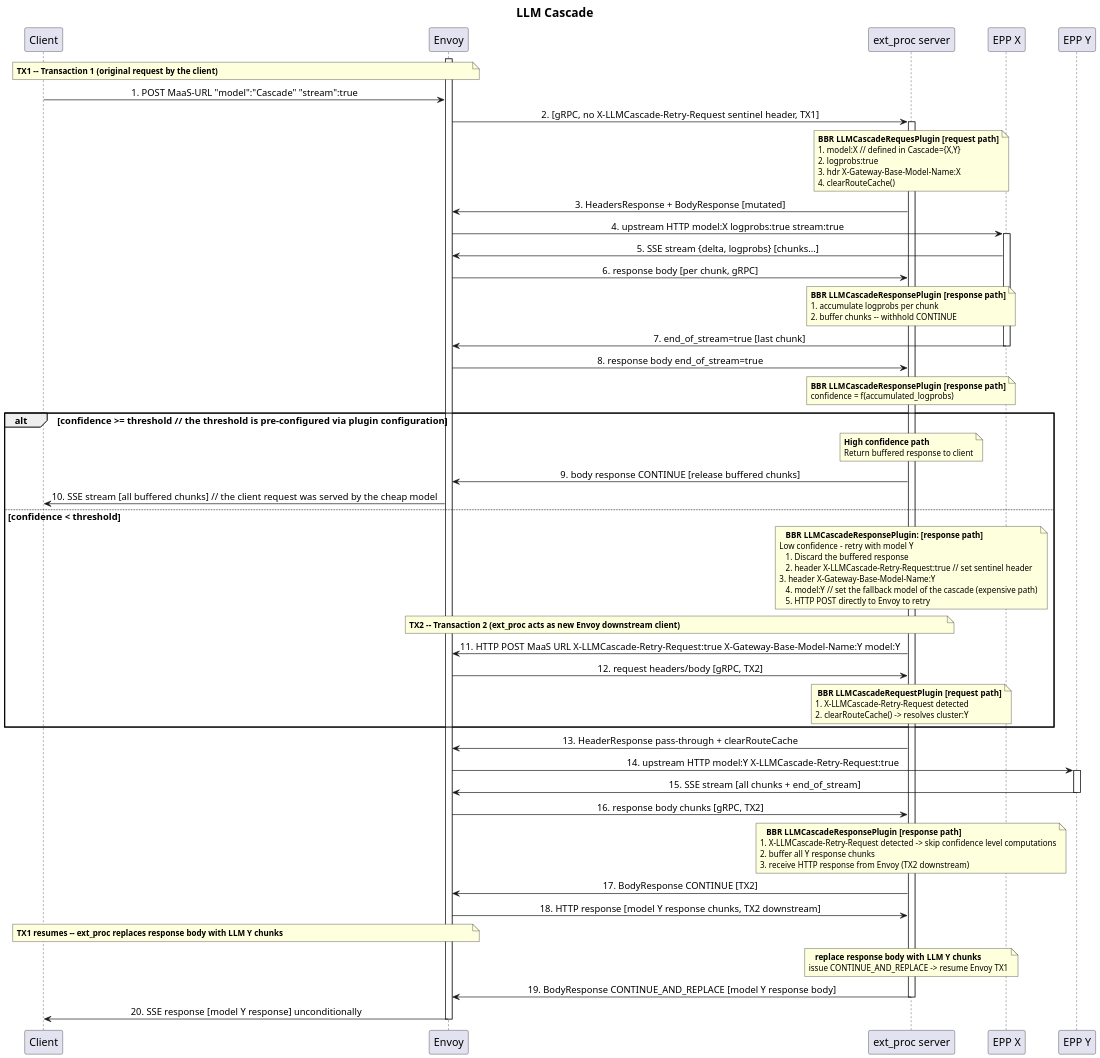
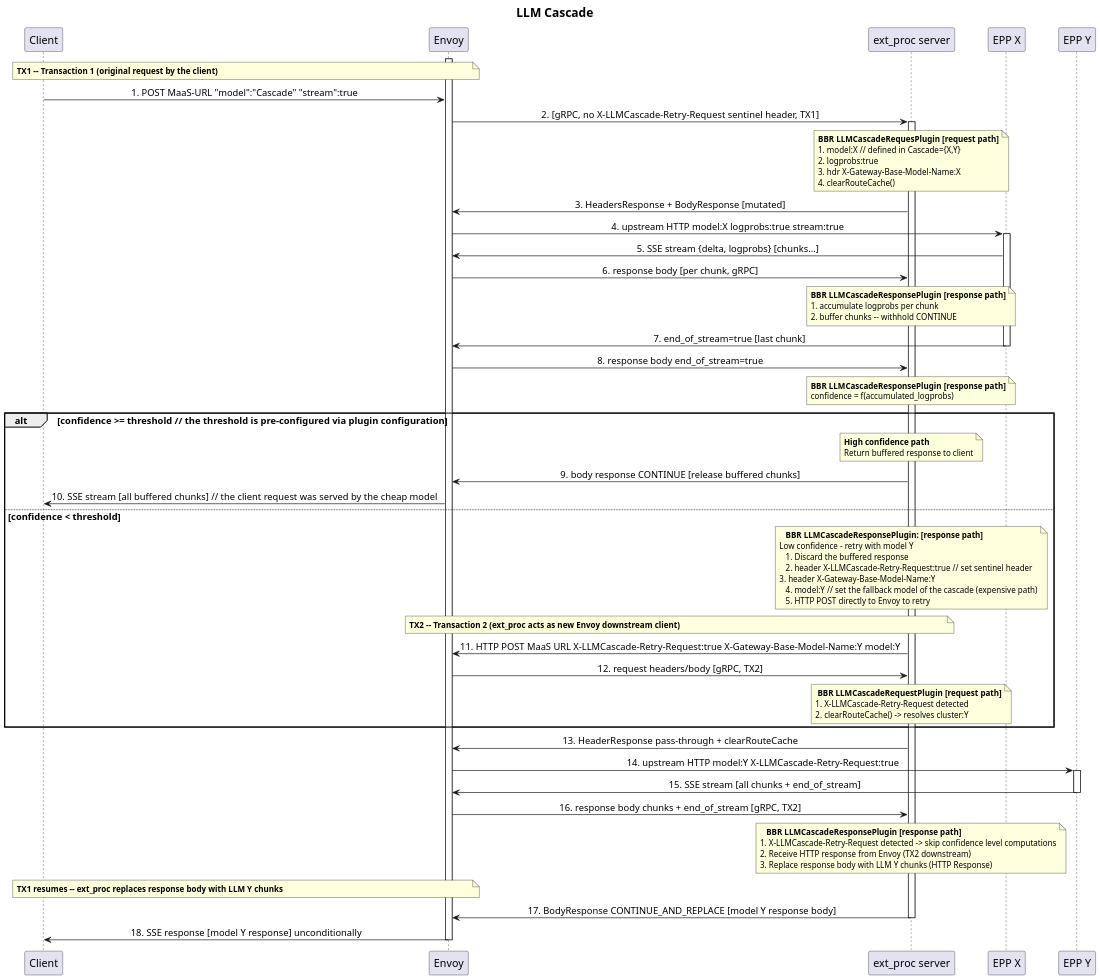
One commit to davidbreitgand/diagrams changed the diagram in low-level-sequence-diagram.puml. Above: the diagram before and after it, drawn with PlantUML. The commit also changed 1 other file, not shown here.

```diff
--- a/low-level-sequence-diagram.puml
+++ b/low-level-sequence-diagram.puml
@@ -1,116 +1,110 @@
 @startuml LLMCascade
 ' PlantUML Diagram
 ' Edit this file to create your diagram
 
 ' High-quality settings optimized for Google Docs
 ' Balance between resolution and size to prevent cutoff
 skinparam dpi 400
 skinparam defaultFontSize 14
 skinparam titleFontSize 18
 skinparam participantFontSize 16
 skinparam sequenceMessageAlign center
 skinparam noteFontSize 12
 skinparam noteTextAlignment left
 
 ' Compact layout to fit page width
 skinparam ParticipantPadding 20
 skinparam BoxPadding 5
 skinparam SequenceMessageAlign center
 
 ' Prevent diagram cutoff
 scale 0.4
 
 title LLM Cascade
 
 participant "Client" as client
 participant "Envoy" as envoy
 participant "ext_proc server" as ext_proc
 participant "EPP X" as epp_cx
 participant "EPP Y" as epp_cy
 
 activate envoy
 note over client,envoy
   **TX1 -- Transaction 1 (original request by the client)**
 end note
 client -> envoy: 1. POST MaaS-URL "model":"Cascade" "stream":true
 envoy -> ext_proc: 2. [gRPC, no X-LLMCascade-Retry-Request sentinel header, TX1]
 activate ext_proc
 note over ext_proc
   **BBR LLMCascadeRequesPlugin [request path]**
   1. model:X // defined in Cascade={X,Y}
   2. logprobs:true
   3. hdr X-Gateway-Base-Model-Name:X
   4. clearRouteCache()
 end note
 ext_proc -> envoy: 3. HeadersResponse + BodyResponse [mutated]
 envoy -> epp_cx: 4. upstream HTTP model:X logprobs:true stream:true
 activate epp_cx
 epp_cx -> envoy: 5. SSE stream {delta, logprobs} [chunks...]
 envoy -> ext_proc: 6. response body [per chunk, gRPC]
 note over ext_proc
   **BBR LLMCascadeResponsePlugin [response path]**
   1. accumulate logprobs per chunk
   2. buffer chunks -- withhold CONTINUE
 end note 
 epp_cx -> envoy: 7. end_of_stream=true [last chunk]
 deactivate epp_cx
 envoy -> ext_proc: 8. response body end_of_stream=true
 note over ext_proc
   **BBR LLMCascadeResponsePlugin [response path]**
   confidence = f(accumulated_logprobs) 
 end note
 
 alt confidence >= threshold // the threshold is pre-configured via plugin configuration
   note over ext_proc
     **High confidence path**
     Return buffered response to client
   end note
   ext_proc -> envoy: 9. body response CONTINUE [release buffered chunks]
   envoy -> client: 10. SSE stream [all buffered chunks] // the client request was served by the cheap model
 else confidence < threshold
   note over ext_proc
     **BBR LLMCascadeResponsePlugin: [response path]**
 	Low confidence - retry with model Y
     1. Discard the buffered response
     2. header X-LLMCascade-Retry-Request:true // set sentinel header
 	3. header X-Gateway-Base-Model-Name:Y
     4. model:Y // set the fallback model of the cascade (expensive path)
     5. HTTP POST directly to Envoy to retry
   end note
   note over envoy,ext_proc
     **TX2 -- Transaction 2 (ext_proc acts as new Envoy downstream client)**
   end note
   ext_proc -> envoy: 11. HTTP POST MaaS URL X-LLMCascade-Retry-Request:true X-Gateway-Base-Model-Name:Y model:Y
   envoy -> ext_proc: 12. request headers/body [gRPC, TX2]
   note over ext_proc
     **BBR LLMCascadeRequestPlugin [request path]**
    1. X-LLMCascade-Retry-Request detected
    2. clearRouteCache() -> resolves cluster:Y
   end note
 end
   ext_proc -> envoy: 13. HeaderResponse pass-through + clearRouteCache
   envoy -> epp_cy: 14. upstream HTTP model:Y X-LLMCascade-Retry-Request:true
   activate epp_cy
   epp_cy -> envoy: 15. SSE stream [all chunks + end_of_stream]
   deactivate epp_cy
-  envoy -> ext_proc: 16. response body chunks [gRPC, TX2]
+  envoy -> ext_proc: 16. response body chunks + end_of_stream [gRPC, TX2]
   note over ext_proc
     **BBR LLMCascadeResponsePlugin [response path]**
  1. X-LLMCascade-Retry-Request detected -> skip confidence level computations
- 2. buffer all Y response chunks
- 3. receive HTTP response from Envoy (TX2 downstream)
+ 2. Receive HTTP response from Envoy (TX2 downstream)
+ 3. Replace response body with LLM Y chunks (HTTP Response)
   end note
-  ext_proc -> envoy: 17. BodyResponse CONTINUE [TX2]
-  envoy -> ext_proc: 18. HTTP response [model Y response chunks, TX2 downstream]
   note over client,envoy
     **TX1 resumes -- ext_proc replaces response body with LLM Y chunks**
   end note
-  note over ext_proc
-    **replace response body with LLM Y chunks**
- issue CONTINUE_AND_REPLACE -> resume Envoy TX1
-  end note
-  ext_proc -> envoy: 19. BodyResponse CONTINUE_AND_REPLACE [model Y response body]
+  ext_proc -> envoy: 17. BodyResponse CONTINUE_AND_REPLACE [model Y response body]
   deactivate ext_proc
-  envoy -> client: 20. SSE response [model Y response] unconditionally
+  envoy -> client: 18. SSE response [model Y response] unconditionally
   deactivate envoy
 @enduml
```
